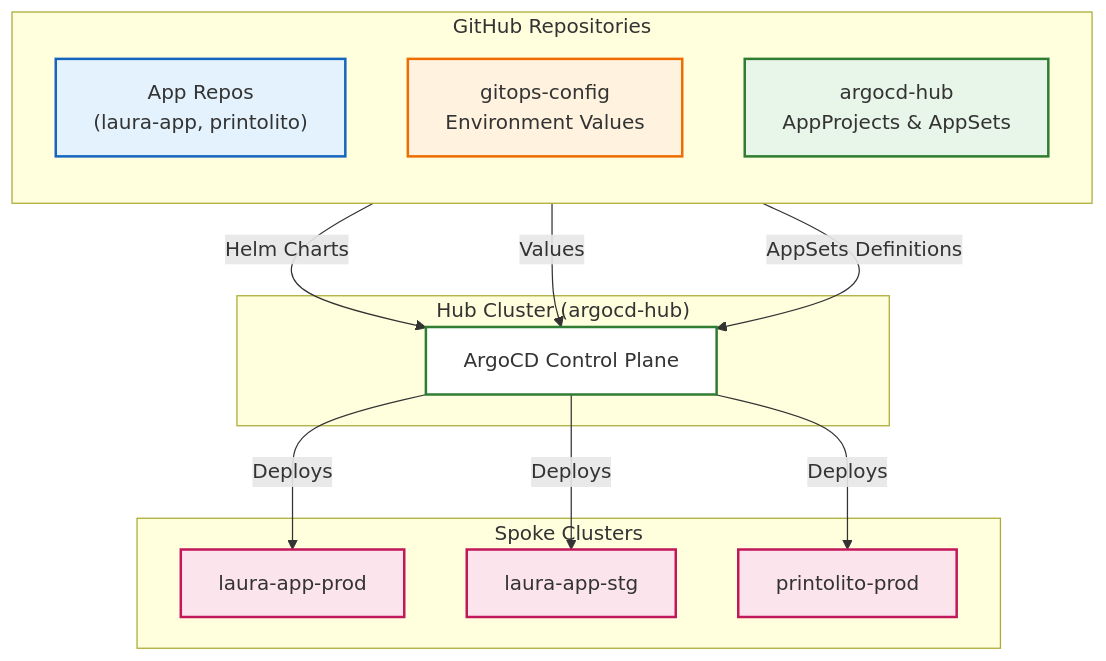
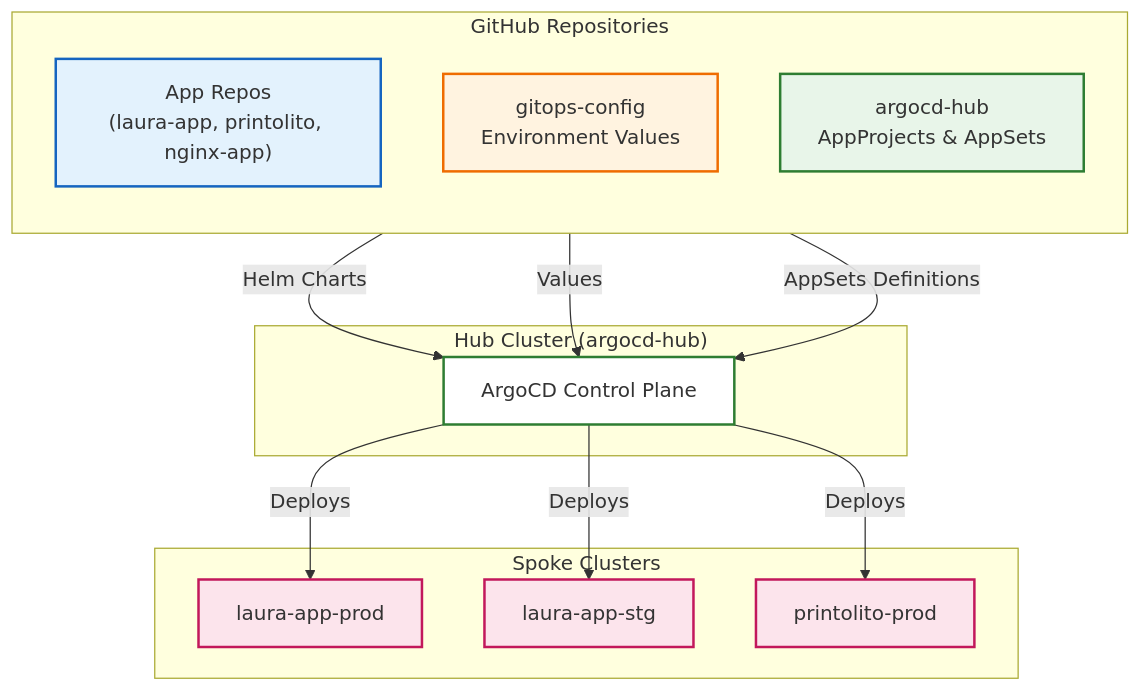
One commit to testing-org-egarciam/argocd-poc-infra changed the diagram in README.md. Above: the diagram before and after it, drawn with Mermaid. The commit also changed other lines of this file, not shown here.

Commit message:
docs: add nginx-app repository to architecture

````diff
--- a/README.md
+++ b/README.md
@@ -5,32 +5,32 @@
 ```mermaid
 flowchart TD
     subgraph GitHub ["GitHub Repositories"]
         direction TB
-        App["App Repos<br/>(laura-app, printolito)"]:::app
+        App["App Repos<br/>(laura-app, printolito, nginx-app)"]:::app
         Config["gitops-config<br/>Environment Values"]:::config
         Hub["argocd-hub<br/>AppProjects & AppSets"]:::hub
     end
 
     subgraph HubCluster ["Hub Cluster (argocd-hub)"]
         ArgoCD["ArgoCD Control Plane"]:::hubcomp
     end
 
     subgraph SpokeClusters ["Spoke Clusters"]
         Prod["laura-app-prod"]:::spoke
         Stg["laura-app-stg"]:::spoke
         Printolito["printolito-prod"]:::spoke
     end
 
     App -->|Helm Charts| ArgoCD
     Config -->|Values| ArgoCD
     Hub -->|AppSets Definitions| ArgoCD
     ArgoCD -->|Deploys| Prod
     ArgoCD -->|Deploys| Stg
     ArgoCD -->|Deploys| Printolito
 
     classDef app fill:#e3f2fd,stroke:#1565c0,stroke-width:2px;
     classDef config fill:#fff3e0,stroke:#ef6c00,stroke-width:2px;
     classDef hub fill:#e8f5e9,stroke:#2e7d32,stroke-width:2px;
     classDef hubcomp fill:#ffffff,stroke:#2e7d32,stroke-width:2px;
     classDef spoke fill:#fce4ec,stroke:#c2185b,stroke-width:2px;
 ```
````
